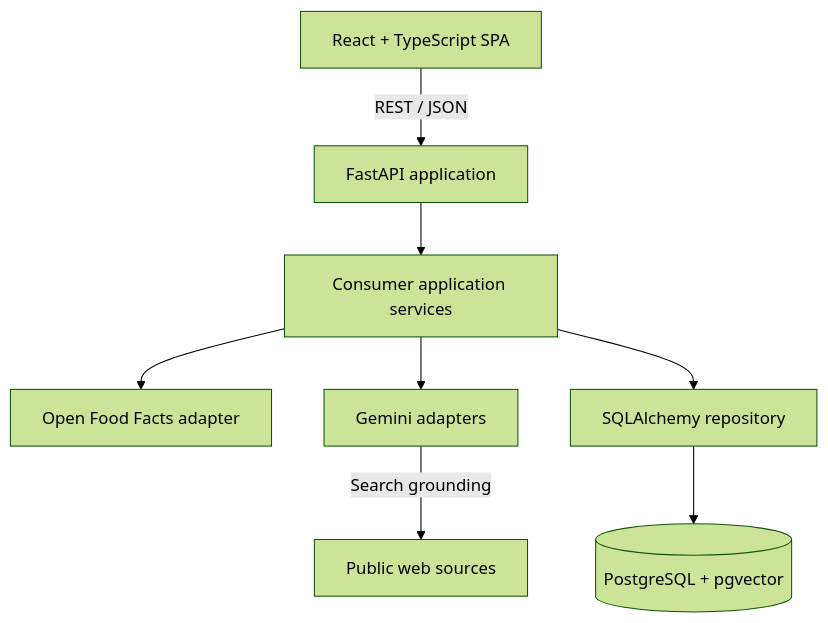
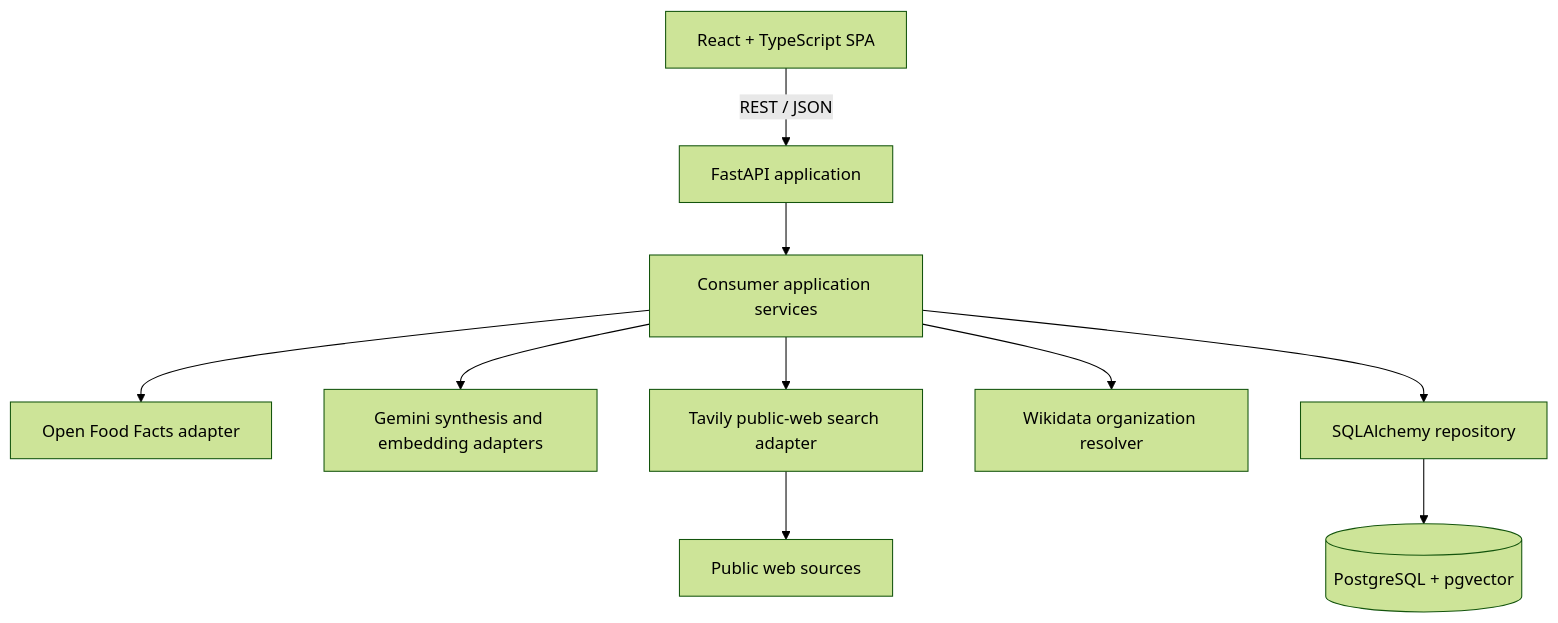
The second of 2 diagrams in README.md (DanNascimento-code/JustSupply), drawn with Mermaid (forest theme) before and after one commit. The commit also changed other lines of this file and 42 other files, not shown here.

````diff
--- a/README.md
+++ b/README.md
@@ -143,18 +187,22 @@
 ```mermaid
 flowchart TB
     UI[React + TypeScript SPA]
     API[FastAPI application]
     CATALOG[Open Food Facts adapter]
-    AI[Gemini adapters]
+    AI[Gemini synthesis and embedding adapters]
+    SEARCH[Tavily public-web search adapter]
+    ENTITY[Wikidata organization resolver]
     SERVICE[Consumer application services]
     REPO[SQLAlchemy repository]
     DB[(PostgreSQL + pgvector)]
 
     UI -->|REST / JSON| API
     API --> SERVICE
     SERVICE --> CATALOG
+    SERVICE --> SEARCH
+    SERVICE --> ENTITY
     SERVICE --> AI
     SERVICE --> REPO
     REPO --> DB
-    AI -->|Search grounding| WEB[Public web sources]
+    SEARCH --> WEB[Public web sources]
 ```
````
